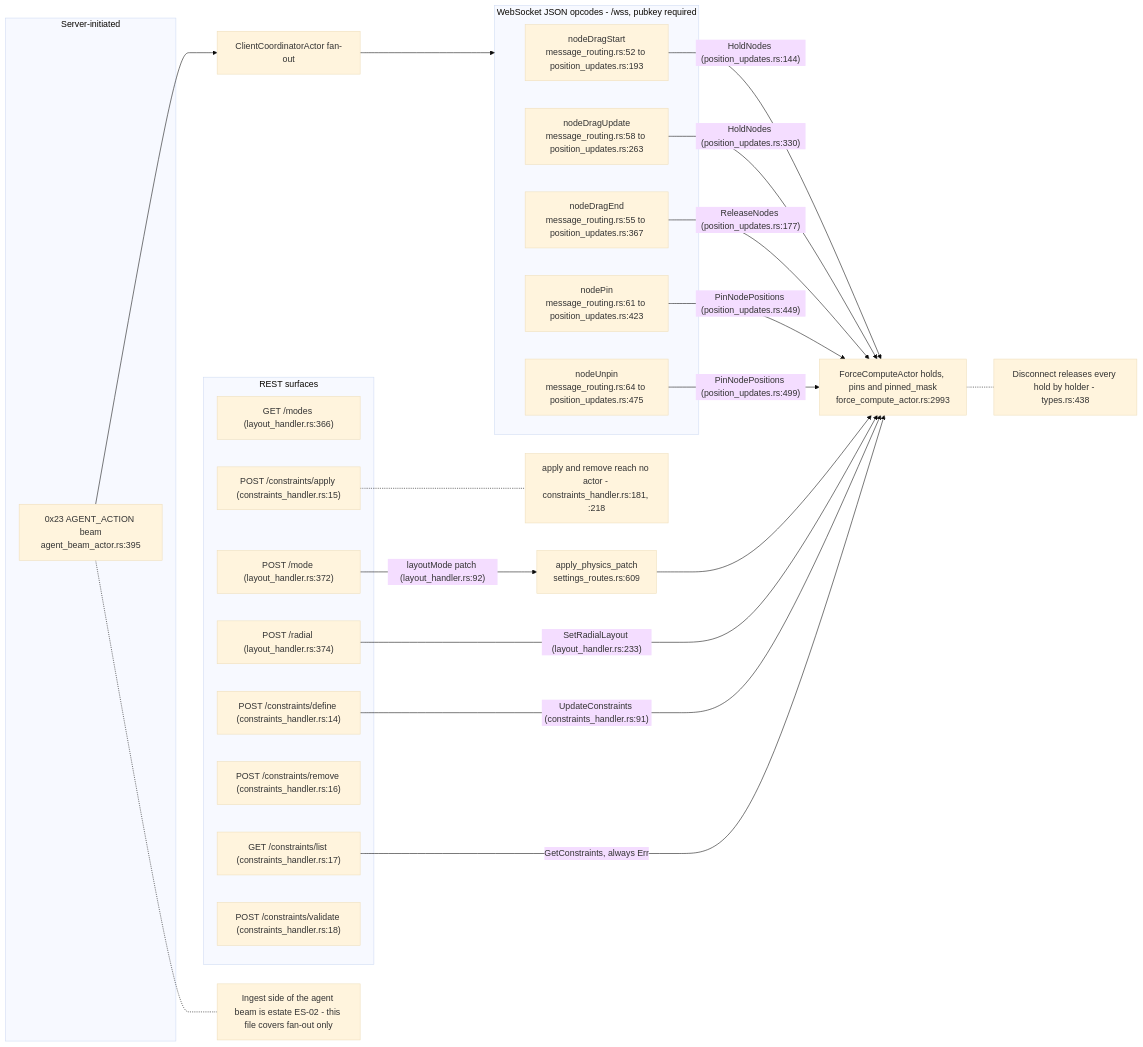
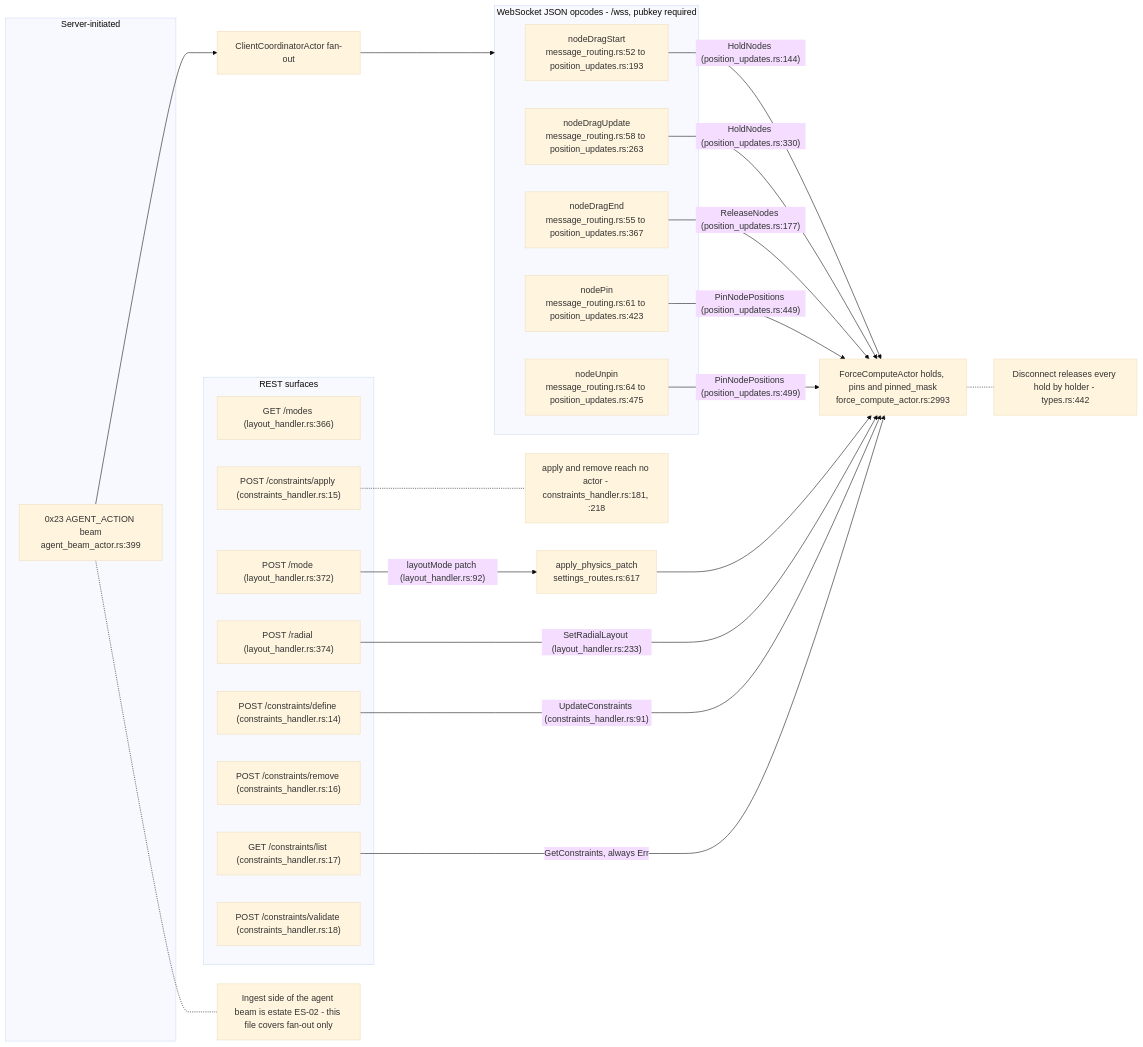
The seventh of 8 diagrams in docs/diagrams/visionclaw/16-interaction-drag-pin-layout.md (DreamLab-AI/VisionFlow), drawn with Mermaid (base theme) before and after one commit. The commit also changed other lines of this file and 46 other files, not shown here.

Commit message:
docs(diagrams): re-verify VisionClaw topics at 809a859aa/a950f4d80 after the consolidation pass

````diff
--- a/docs/diagrams/visionclaw/16-interaction-drag-pin-layout.md
+++ b/docs/diagrams/visionclaw/16-interaction-drag-pin-layout.md
@@ -257,46 +262,46 @@
 ```mermaid
 flowchart LR
     subgraph WSOPS["WebSocket JSON opcodes - /wss, pubkey required"]
         D1["nodeDragStart<br/>message_routing.rs:52 to position_updates.rs:193"]
         D2["nodeDragEnd<br/>message_routing.rs:55 to position_updates.rs:367"]
         D3["nodeDragUpdate<br/>message_routing.rs:58 to position_updates.rs:263"]
         D5["nodePin<br/>message_routing.rs:61 to position_updates.rs:423"]
         D4["nodeUnpin<br/>message_routing.rs:64 to position_updates.rs:475"]
     end
     subgraph REST["REST surfaces"]
         L1["GET /modes (layout_handler.rs:366)"]
         L2["POST /mode (layout_handler.rs:372)"]
         L3["POST /radial (layout_handler.rs:374)"]
         K1["POST /constraints/define (constraints_handler.rs:14)"]
         K2["POST /constraints/apply (constraints_handler.rs:15)"]
         K3["POST /constraints/remove (constraints_handler.rs:16)"]
         K4["GET /constraints/list (constraints_handler.rs:17)"]
         K5["POST /constraints/validate (constraints_handler.rs:18)"]
     end
     subgraph SRVPUSH["Server-initiated"]
-        B1["0x23 AGENT_ACTION beam<br/>agent_beam_actor.rs:395"]
+        B1["0x23 AGENT_ACTION beam<br/>agent_beam_actor.rs:399"]
     end
     GPU["ForceComputeActor holds, pins and pinned_mask<br/>force_compute_actor.rs:2993"]
-    STORE["apply_physics_patch<br/>settings_routes.rs:609"]
+    STORE["apply_physics_patch<br/>settings_routes.rs:617"]
     CC["ClientCoordinatorActor fan-out"]
 
     D1 -->|"HoldNodes (position_updates.rs:144)"| GPU
     D3 -->|"HoldNodes (position_updates.rs:330)"| GPU
     D2 -->|"ReleaseNodes (position_updates.rs:177)"| GPU
     D5 -->|"PinNodePositions (position_updates.rs:449)"| GPU
     D4 -->|"PinNodePositions (position_updates.rs:499)"| GPU
     L2 -->|"layoutMode patch (layout_handler.rs:92)"| STORE
     STORE --> GPU
     L3 -->|"SetRadialLayout (layout_handler.rs:233)"| GPU
     K1 -->|"UpdateConstraints (constraints_handler.rs:91)"| GPU
     K4 -->|"GetConstraints, always Err"| GPU
     B1 --> CC
     CC --> WSOPS
 
-    N1["Disconnect releases every hold by holder - types.rs:438"]
+    N1["Disconnect releases every hold by holder - types.rs:442"]
     N2["apply and remove reach no actor - constraints_handler.rs:181, :218"]
     N3["Ingest side of the agent beam is estate ES-02 - this file covers fan-out only"]
     GPU -.- N1
     K2 -.- N2
     B1 -.- N3
 ```
````
